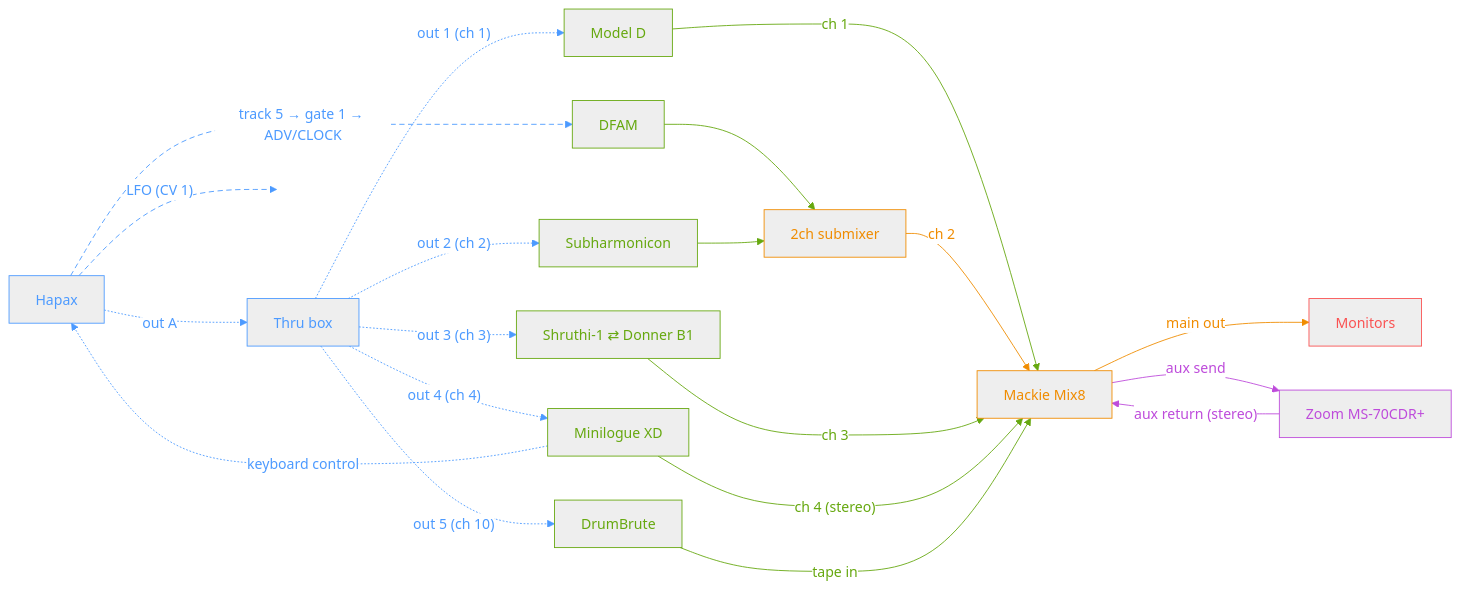
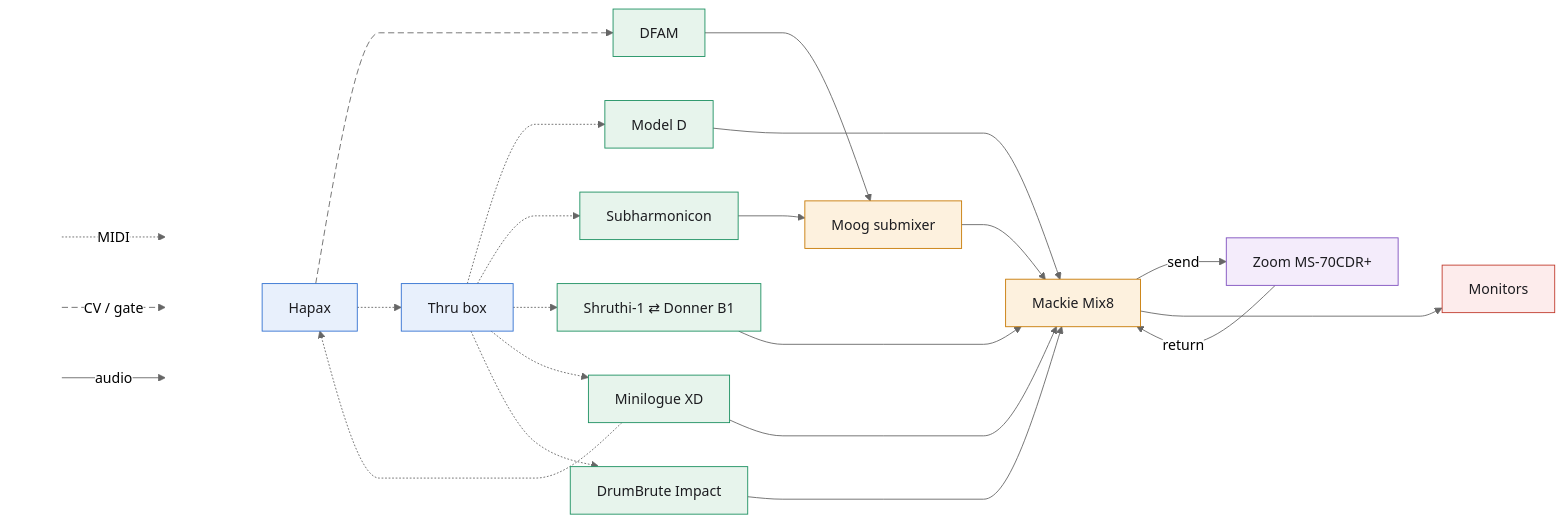
The diagram in README.md (saponace/synth-setup), drawn with Mermaid before and after one commit. The commit also changed other lines of this file, not shown here.

Commit message:
diagram scheme

````diff
--- a/README.md
+++ b/README.md
@@ -1,76 +1,78 @@
 ```mermaid
 ---
 config:
   theme: neutral
+  flowchart:
+    curve: monotoneX
 ---
 flowchart LR
-    %% ----- One color per logical section; line style = signal type -----
-    classDef sequencer stroke:#4c9aff,color:#4c9aff
-    classDef sequencerCV stroke:#4c9aff,color:#4c9aff,stroke-dasharray: 6 4
-    classDef synths stroke:#66a80f,color:#66a80f
-    classDef synthsCV stroke:#66a80f,color:#66a80f,stroke-dasharray: 6 4
-    classDef mixer stroke:#f08c00,color:#f08c00
-    classDef fx stroke:#be4bdb,color:#be4bdb
-    classDef monitoring stroke:#fa5252,color:#fa5252
+    %% box color = kind of gear, line style = kind of signal
+    classDef seq fill:#e8f0fc,stroke:#2f6fd0,color:#1c1c20
+    classDef voice fill:#e7f4ec,stroke:#1a8f5f,color:#1c1c20
+    classDef mix fill:#fdf1de,stroke:#c77800,color:#1c1c20
+    classDef fx fill:#f4ecfb,stroke:#7c4dbd,color:#1c1c20
+    classDef mon fill:#fdecec,stroke:#c0392b,color:#1c1c20
+    classDef pin fill:none,stroke:none
+    classDef cv stroke-dasharray: 7 4
 
-    %% ===== Sequencer brain =====
-    HAPAX["Hapax"]:::sequencer
-    SPLIT["Thru box"]:::sequencer
-    SPARECV[" "]
-    style SPARECV fill:none,stroke:none
+    %% legend, tied to Hapax by invisible links so it lands in the left columns
+    LA[" "] -. "MIDI" .-> LB[" "]
+    LC[" "] k1@-- "CV / gate" --> LD[" "]
+    LE[" "] -- "audio" --> LF[" "]
+    LB ~~~ HAPAX
+    LD ~~~ HAPAX
+    LF ~~~ HAPAX
 
-    %% ===== Synths =====
-    MODELD["Model D"]:::synths
-    SUBH["Subharmonicon"]:::synths
-    SWAP["Shruthi-1 ⇄ Donner B1"]:::synths
-    XD["Minilogue XD"]:::synths
-    DBI["DrumBrute"]:::synths
-    DFAM["DFAM"]:::synths
+    HAPAX["Hapax"]
+    THRU["Thru box"]
+    MODELD["Model D"]
+    SUBH["Subharmonicon"]
+    SWAP["Shruthi-1 ⇄ Donner B1"]
+    XD["Minilogue XD"]
+    DFAM["DFAM"]
+    DBI["DrumBrute Impact"]
+    ZOOM["Zoom MS-70CDR+"]
+    SUBMIX["Moog submixer"]
+    MIX["Mackie Mix8"]
+    MON["Monitors"]
 
-    %% ===== Mixer / send  =====
-    SUBMIX["2ch submixer"]:::mixer
-    MIX["Mackie Mix8"]:::mixer
-    MON["Monitors"]:::monitoring
-    ZOOM["Zoom MS-70CDR+"]:::fx
+    %% ----- CV / gate -----
+    HAPAX c1@--> DFAM
 
-    %% ----- MIDI links (dotted) -----
-    HAPAX midi0@-. "out A" .-> SPLIT
-    SPLIT midi1@-. "out 1 (ch 1)" .-> MODELD
-    SPLIT midi5@-. "out 2 (ch 2)" .-> SUBH
-    SPLIT midi3@-. "out 3 (ch 3)" .-> SWAP
-    SPLIT midi4@-. "out 4 (ch 4)" .-> XD
-    SPLIT midi2@-. "out 5 (ch 10)" .-> DBI
-    XD midi6@-. "keyboard control" .-> HAPAX
-    class midi0,midi1,midi2,midi3,midi4,midi5,midi6 sequencer
+    %% ----- MIDI -----
+    HAPAX -.-> THRU
+    THRU -.-> MODELD
+    THRU -.-> SUBH
+    THRU -.-> SWAP
+    THRU -.-> XD
+    THRU -.-> DBI
+    XD -.-> HAPAX
 
-    %% ----- CV/Gate/Clock links (dashed) -----
-    HAPAX cv1@-- "LFO (CV 1)" --> SPARECV
-    class cv1 sequencerCV
-
-    HAPAX clk1@-- "track 5 → gate 1 → ADV/CLOCK" --> DFAM
-    class clk1 sequencerCV
-
-    %% ----- Audio links (solid) -----
-    %% (~~~ invisible links keep the six synths column-aligned despite
-    %% DFAM/Subharmonicon reaching the mixer via the submixer)
+    %% ----- audio -----
+    %% (~~~ keeps the voices in one column despite the Subharmonicon
+    %% and DFAM reaching the mixer through the submixer, and keeps the
+    %% monitors out of the Zoom's column)
     MODELD ~~~ SUBMIX
-    DFAM audio1@--> SUBMIX
-    MODELD audio3@-- "ch 1" --> MIX
-    SUBH audio2@--> SUBMIX
-    SUBMIX audio4@-- "ch 2" --> MIX
-    SWAP audio5@-- "ch 3" --> MIX
-    XD audio6@-- "ch 4 (stereo)" --> MIX
-    DBI audio7@-- "tape in" --> MIX
     SWAP ~~~ SUBMIX
     XD ~~~ SUBMIX
     DBI ~~~ SUBMIX
-    class audio1,audio2,audio3,audio5,audio6,audio7 synths
-    class audio4 mixer
+    ZOOM ~~~ MON
+    MIX -- "send" --> ZOOM
+    ZOOM -- "return" --> MIX
+    SUBH --> SUBMIX
+    DFAM --> SUBMIX
+    SUBMIX --> MIX
+    MODELD --> MIX
+    SWAP --> MIX
+    XD --> MIX
+    DBI --> MIX
+    MIX --> MON
 
-    MIX out@-- "main out" --> MON
-    class out mixer
-
-    MIX fxSend@-- "aux send" --> ZOOM
-    ZOOM fxReturn@-- "aux return (stereo)" --> MIX
-    class fxSend,fxReturn fx
+    class HAPAX,THRU seq
+    class MODELD,SUBH,SWAP,XD,DFAM,DBI voice
+    class SUBMIX,MIX mix
+    class ZOOM fx
+    class MON mon
+    class LA,LB,LC,LD,LE,LF pin
+    class c1,k1 cv
 ```
````
